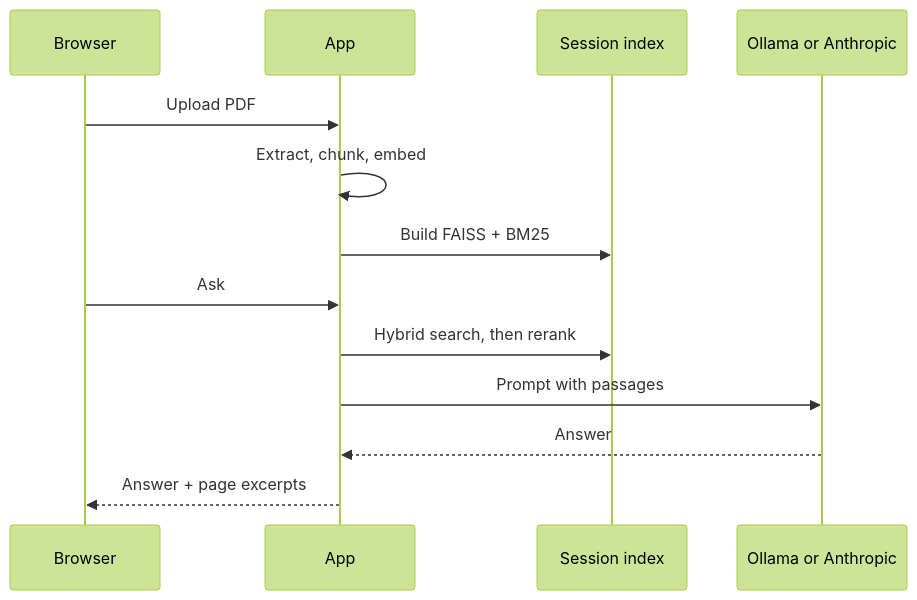
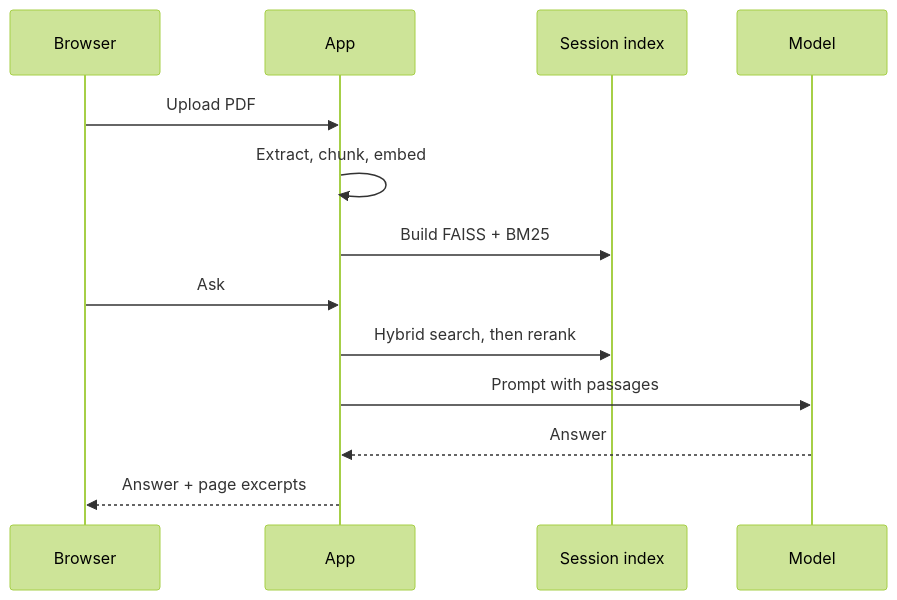
The second of 2 diagrams in docs/product/architecture.md (RoxanaTapia/ai-doc-to-chat-pipeline), drawn with Mermaid (forest theme) before and after one commit. The commit also changed other lines of this file and 9 other files, not shown here.

````diff
--- a/docs/product/architecture.md
+++ b/docs/product/architecture.md
@@ -36,16 +35,16 @@
 ```mermaid
 sequenceDiagram
   participant U as Browser
   participant A as App
   participant I as Session index
-  participant M as Ollama or Anthropic
+  participant M as Model
 
   U->>A: Upload PDF
   A->>A: Extract, chunk, embed
   A->>I: Build FAISS + BM25
   U->>A: Ask
   A->>I: Hybrid search, then rerank
   A->>M: Prompt with passages
   M-->>A: Answer
   A-->>U: Answer + page excerpts
 ```
````
